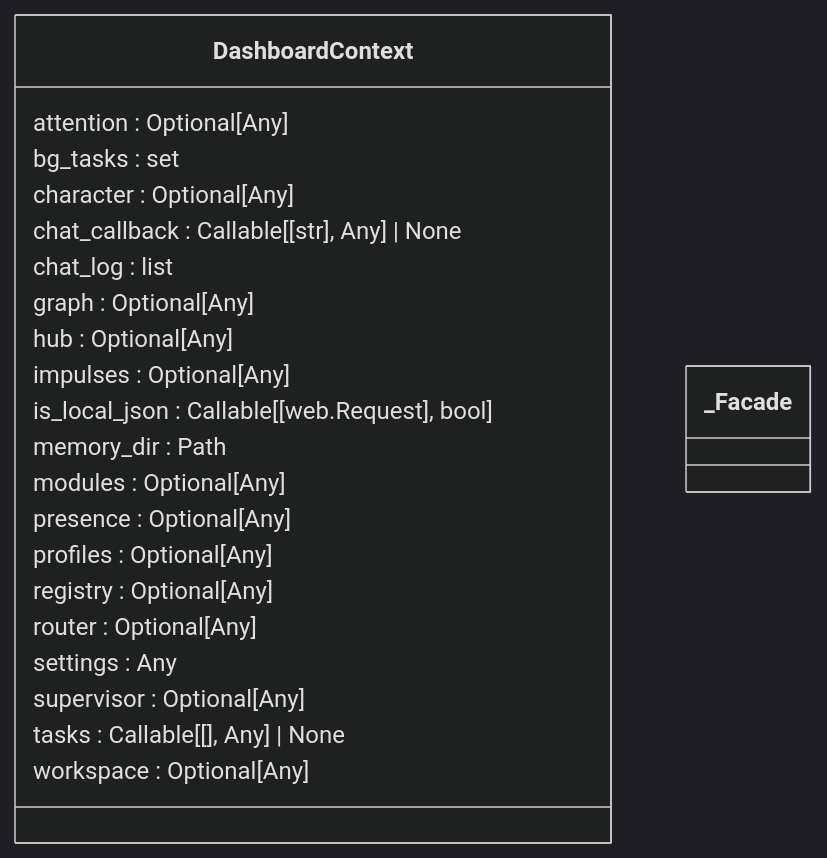
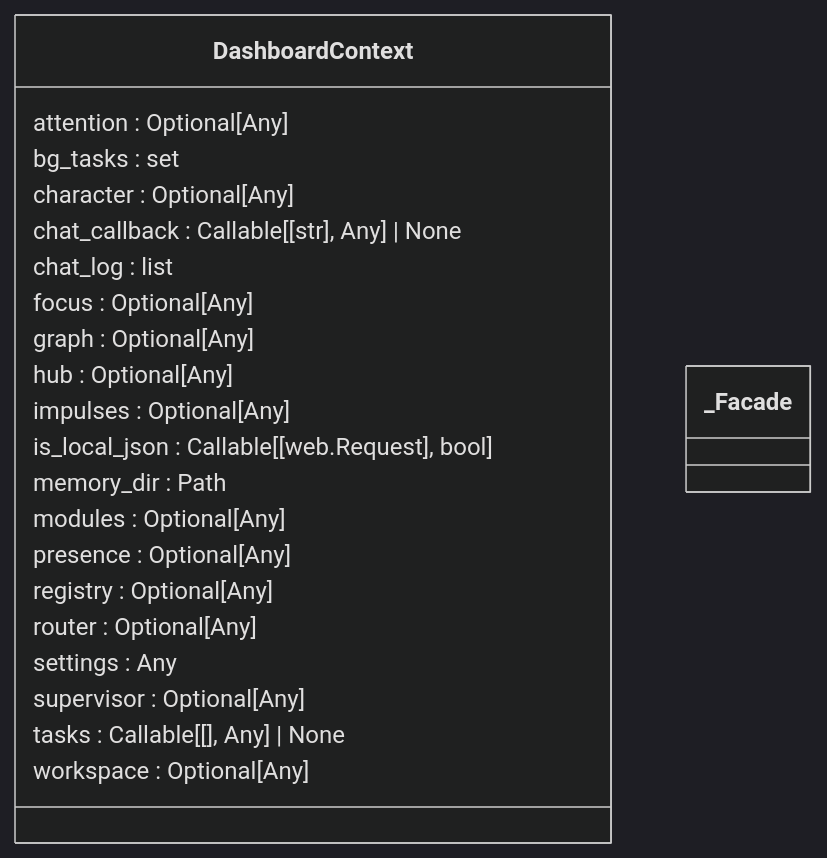
The diagram in docs/architecture/classes/http_api.mmd (BuDum-Tss/GitS), drawn with Mermaid (dark theme) before and after one commit. The commit also changed 30 other files, not shown here.

Commit message:
Диаграмма использования классов, типы внедряемых полей

```diff
--- a/docs/architecture/classes/http_api.mmd
+++ b/docs/architecture/classes/http_api.mmd
@@ -1,24 +1,24 @@
 classDiagram
   class DashboardContext {
     attention : Optional[Any]
     bg_tasks : set
     character : Optional[Any]
     chat_callback : Callable[[str], Any] | None
     chat_log : list
+    focus : Optional[Any]
     graph : Optional[Any]
     hub : Optional[Any]
     impulses : Optional[Any]
     is_local_json : Callable[[web.Request], bool]
     memory_dir : Path
     modules : Optional[Any]
     presence : Optional[Any]
-    profiles : Optional[Any]
     registry : Optional[Any]
     router : Optional[Any]
     settings : Any
     supervisor : Optional[Any]
     tasks : Callable[[], Any] | None
     workspace : Optional[Any]
   }
   class _Facade {
   }
```
